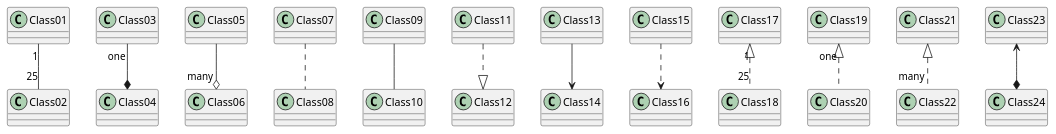
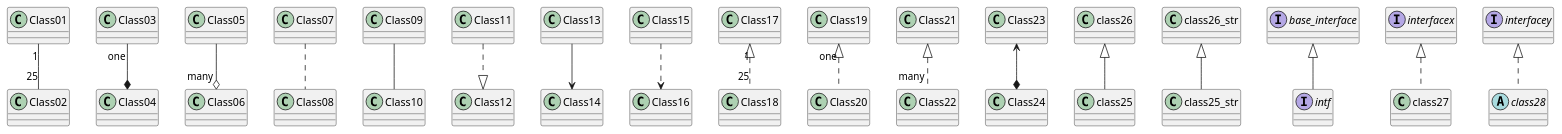
Before and after one commit to Tomas124589/pyplaml: the diagram in examples/03_relations.puml, drawn with PlantUML. The commit also changed 3 other files, not shown here.

Commit message:
Added extends and implements keywords

```diff
--- a/examples/03_relations.puml
+++ b/examples/03_relations.puml
@@ -1,14 +1,20 @@
 @startuml "Relations"
 Class01 "1" -- "25" Class02
 Class03 "one" --* Class04
 Class05 --o "many" Class06
 Class07 .. Class08
 Class09 -- Class10
 Class11 ..|> Class12
 Class13 --> Class14
 Class15 ..> Class16
 Class17 "1" <|.. "25" Class18
 Class19 "one" <|.. Class20
 Class21 <|.. "many" Class22
 Class23 <--* Class24
+
+class class25 extends class26
+class "class25_str" extends "class26_str"
+interface intf EXTENDS base_interface
+class class27 implements interfacex
+abstract class28 implements interfacey
 @enduml
```
